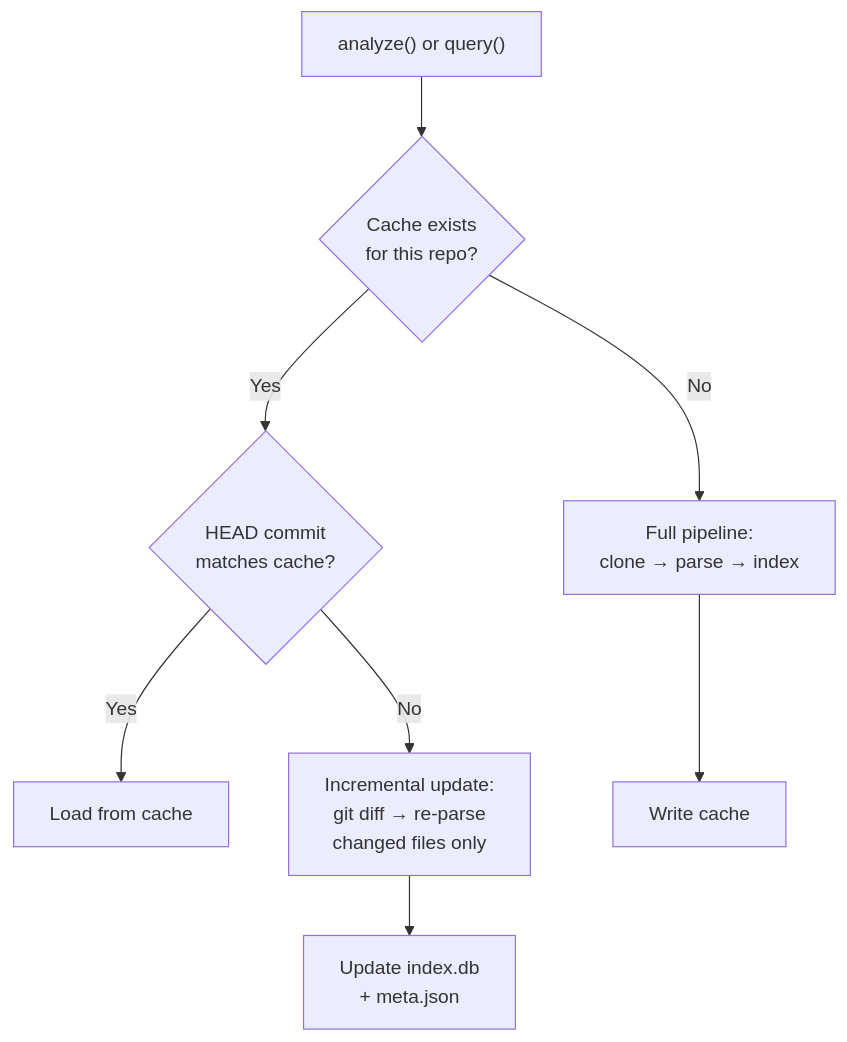
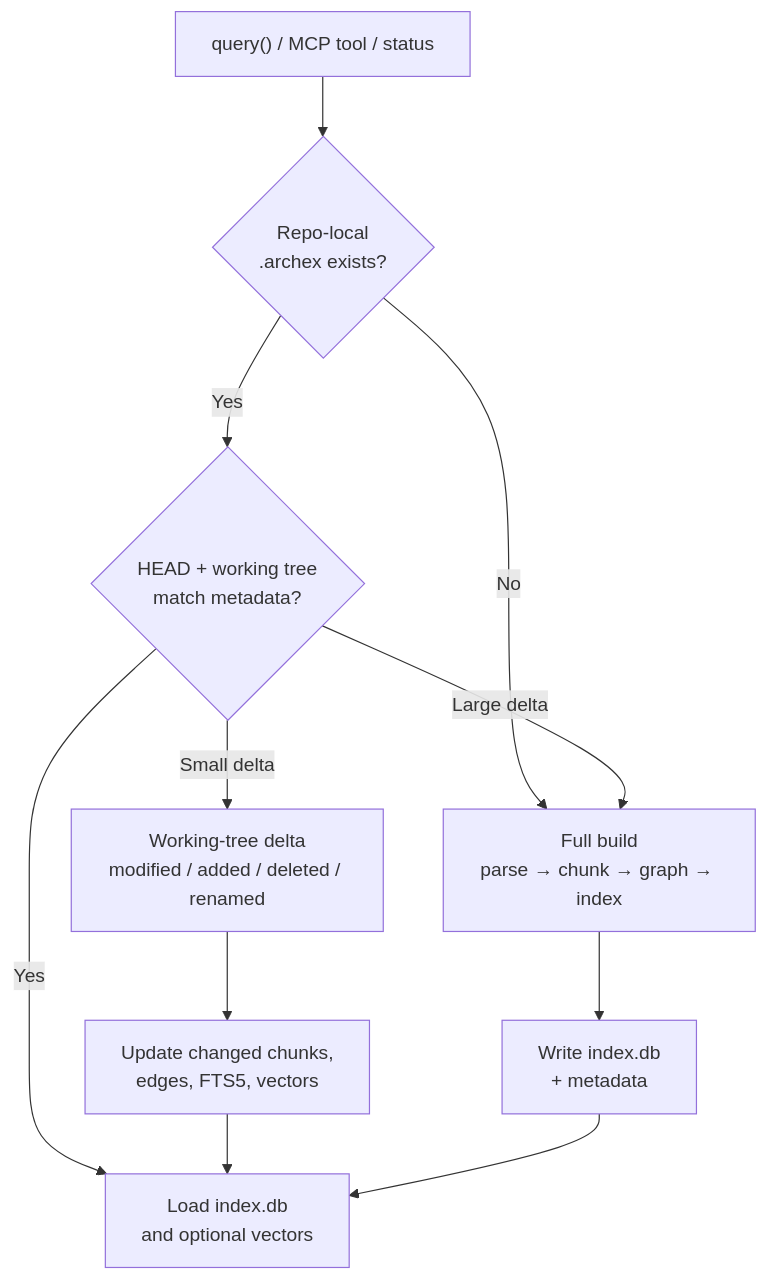
Before and after one commit to Mathews-Tom/archex: the eighth of 8 diagrams in docs/SYSTEM_DESIGN.md, drawn with Mermaid. The commit also changed other lines of this file, not shown here.

````diff
--- a/docs/SYSTEM_DESIGN.md
+++ b/docs/SYSTEM_DESIGN.md
@@ -1074,11 +1168,14 @@
 ```mermaid
 graph TD
-    Request["analyze() or query()"]
-    Request --> CacheExists{"Cache exists<br/>for this repo?"}
-    CacheExists -->|No| FullBuild["Full pipeline:<br/>clone → parse → index"]
-    CacheExists -->|Yes| CheckCommit{"HEAD commit<br/>matches cache?"}
-    CheckCommit -->|Yes| UseCache["Load from cache"]
-    CheckCommit -->|No| Incremental["Incremental update:<br/>git diff → re-parse<br/>changed files only"]
-    Incremental --> UpdateCache["Update index.db<br/>+ meta.json"]
-    FullBuild --> WriteCache["Write cache"]
+    Request["query() / MCP tool / status"]
+    Request --> Project{"Repo-local<br/>.archex exists?"}
+    Project -->|No| FullBuild["Full build<br/>parse → chunk → graph → index"]
+    Project -->|Yes| Fresh{"HEAD + working tree<br/>match metadata?"}
+    Fresh -->|Yes| UseCache["Load index.db<br/>and optional vectors"]
+    Fresh -->|Small delta| Delta["Working-tree delta<br/>modified / added / deleted / renamed"]
+    Fresh -->|Large delta| FullBuild
+    Delta --> UpdateCache["Update changed chunks,<br/>edges, FTS5, vectors"]
+    FullBuild --> WriteCache["Write index.db<br/>+ metadata"]
+    UpdateCache --> UseCache
+    WriteCache --> UseCache
 ```
````
